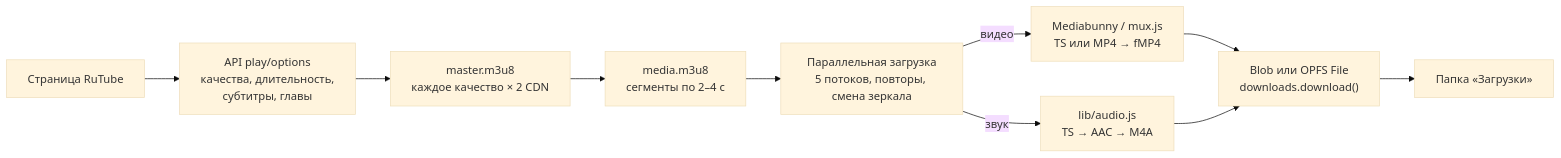
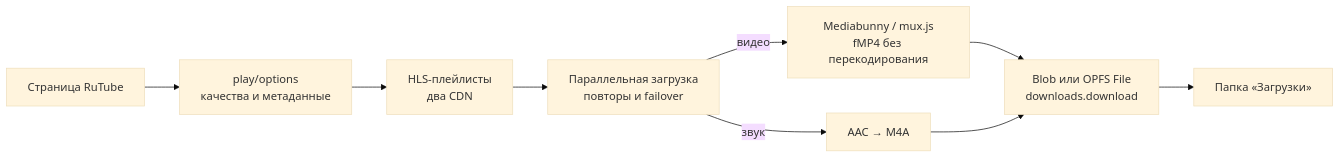
One commit to xxnetme/rutube-tools changed the diagram in README.md. Above: the diagram before and after it, drawn with Mermaid (base theme). The commit also changed other lines of this file and 1 other file, not shown here.

````diff
--- a/README.md
+++ b/README.md
@@ -192,12 +137,11 @@
 ```mermaid
 flowchart LR
-    A["Страница RuTube"] --> B["API play/options<br/>качества, длительность,<br/>субтитры, главы"]
-    B --> C["master.m3u8<br/>каждое качество × 2 CDN"]
-    C --> D["media.m3u8<br/>сегменты по 2–4 с"]
-    D --> E["Параллельная загрузка<br/>5 потоков, повторы, смена зеркала"]
-    E -->|видео| F["Mediabunny / mux.js<br/>TS или MP4 → fMP4"]
-    E -->|звук| G["lib/audio.js<br/>TS → AAC → M4A"]
-    F --> H["Blob или OPFS File<br/>downloads.download()"]
-    G --> H
-    H --> I["Папка «Загрузки»"]
+    A["Страница RuTube"] --> B["play/options<br/>качества и метаданные"]
+    B --> C["HLS-плейлисты<br/>два CDN"]
+    C --> D["Параллельная загрузка<br/>повторы и failover"]
+    D -->|видео| E["Mediabunny / mux.js<br/>fMP4 без перекодирования"]
+    D -->|звук| F["AAC → M4A"]
+    E --> G["Blob или OPFS File<br/>downloads.download"]
+    F --> G
+    G --> H["Папка «Загрузки»"]
 ```
````
